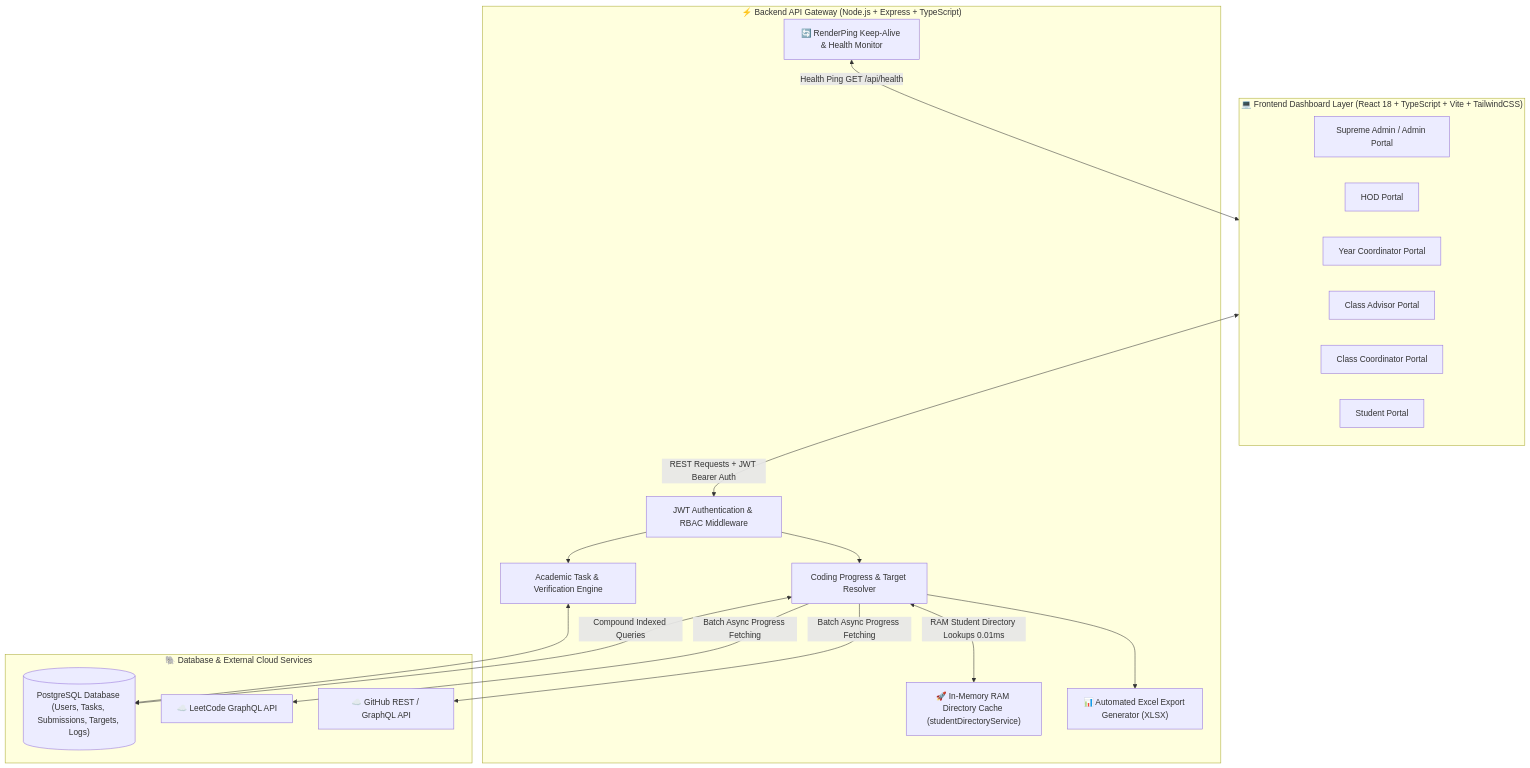
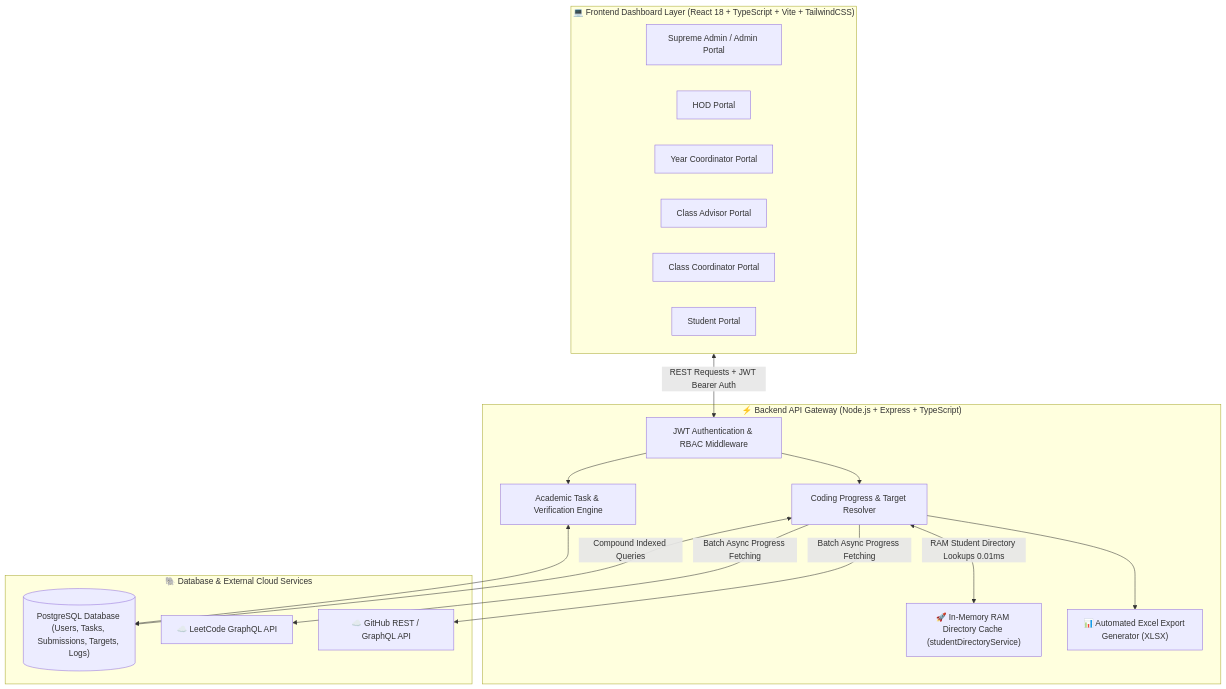
Before and after one commit to Tharun4743/IT_taskmanager: the first of 4 diagrams in README.md, drawn with Mermaid. The commit also changed other lines of this file and 3 other files, not shown here.

Commit message:
Refactor weekly detailed reports to use Day 1-7, remove check_coordinators, and remove RenderPing references

````diff
--- a/README.md
+++ b/README.md
@@ -10,37 +10,35 @@
 ```mermaid
 graph TD
     subgraph Frontend["💻 Frontend Dashboard Layer (React 18 + TypeScript + Vite + TailwindCSS)"]
         AdminUI["Supreme Admin / Admin Portal"]
         HODUI["HOD Portal"]
         YearCoordUI["Year Coordinator Portal"]
         AdvisorUI["Class Advisor Portal"]
         ClassCoordUI["Class Coordinator Portal"]
         StudentUI["Student Portal"]
     end
 
     subgraph Backend["⚡ Backend API Gateway (Node.js + Express + TypeScript)"]
         AuthModule["JWT Authentication & RBAC Middleware"]
         TaskEngine["Academic Task & Verification Engine"]
         CodingEngine["Coding Progress & Target Resolver"]
         RAMCache["🚀 In-Memory RAM Directory Cache (studentDirectoryService)"]
         ExcelService["📊 Automated Excel Export Generator (XLSX)"]
-        KeepAliveService["🔄 RenderPing Keep-Alive & Health Monitor"]
     end
 
     subgraph Storage["🐘 Database & External Cloud Services"]
         PostgresDB[("PostgreSQL Database (Users, Tasks, Submissions, Targets, Logs)")]
         LeetCodeAPI["☁️ LeetCode GraphQL API"]
         GitHubAPI["☁️ GitHub REST / GraphQL API"]
     end
 
     Frontend <-->|REST Requests + JWT Bearer Auth| AuthModule
     AuthModule --> TaskEngine
     AuthModule --> CodingEngine
     TaskEngine <--> PostgresDB
     CodingEngine <-->|RAM Student Directory Lookups 0.01ms| RAMCache
     CodingEngine <-->|Compound Indexed Queries| PostgresDB
     CodingEngine -->|Batch Async Progress Fetching| LeetCodeAPI
     CodingEngine -->|Batch Async Progress Fetching| GitHubAPI
     CodingEngine --> ExcelService
-    KeepAliveService <-->|Health Ping GET /api/health| Frontend
 ```
````
